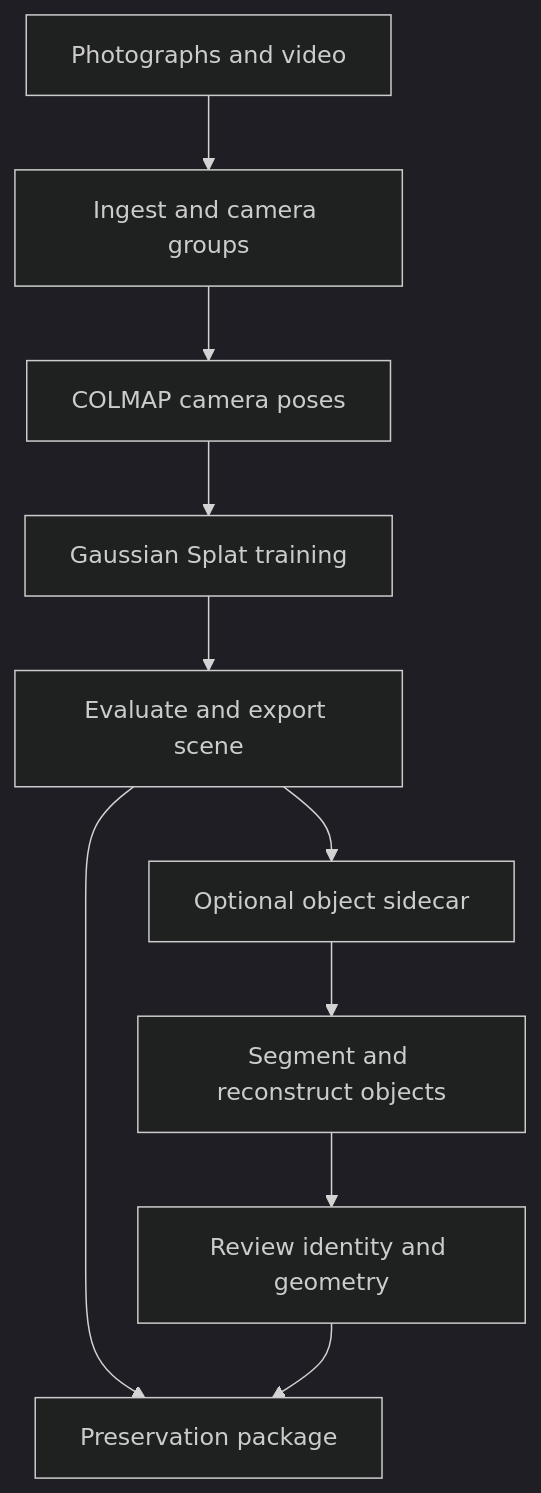
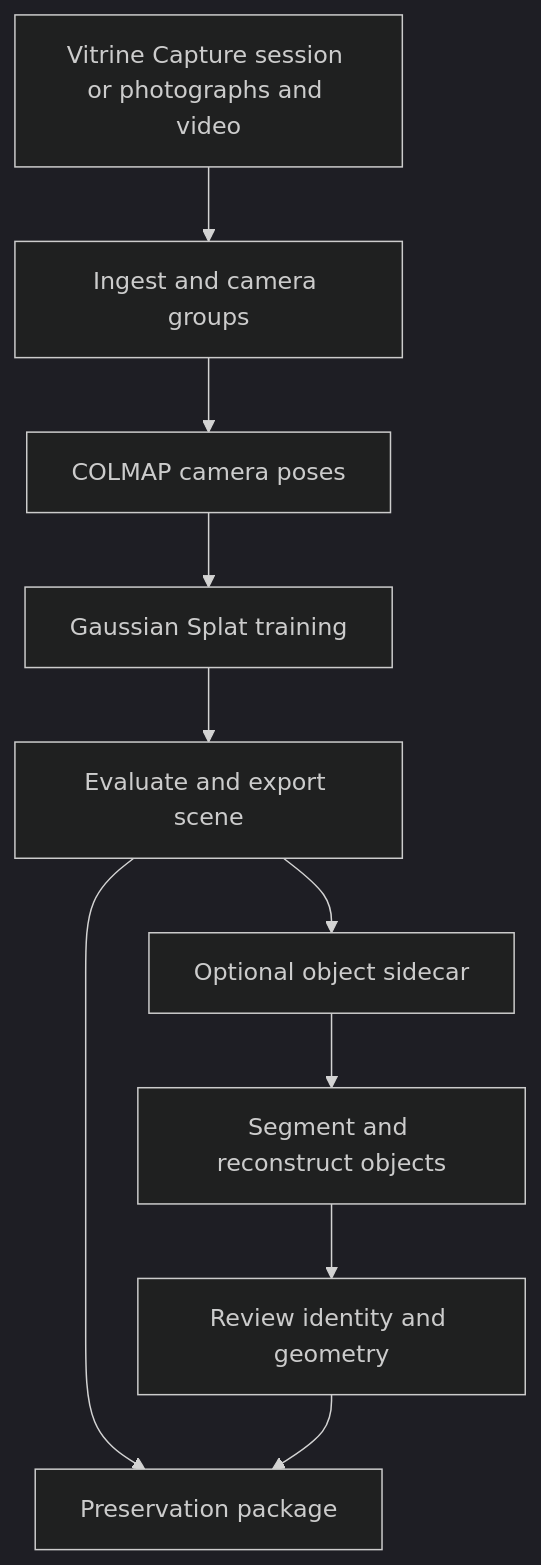
One commit to ArtechShadow/UOS-Vitrine changed the diagram in README.md. Above: the diagram before and after it, drawn with Mermaid (dark theme). The commit also changed other lines of this file and 74 other files, not shown here.

````diff
--- a/README.md
+++ b/README.md
@@ -136,12 +143,12 @@
 ```mermaid
 flowchart TB
-    capture["Photographs and video"] --> ingest["Ingest and camera groups"]
+    capture["Vitrine Capture session or photographs and video"] --> ingest["Ingest and camera groups"]
     ingest --> poses["COLMAP camera poses"]
     poses --> train["Gaussian Splat training"]
     train --> scene["Evaluate and export scene"]
     scene --> archive["Preservation package"]
     scene --> sidecar["Optional object sidecar"]
     sidecar --> objects["Segment and reconstruct objects"]
     objects --> review["Review identity and geometry"]
     review --> archive
 ```
````
